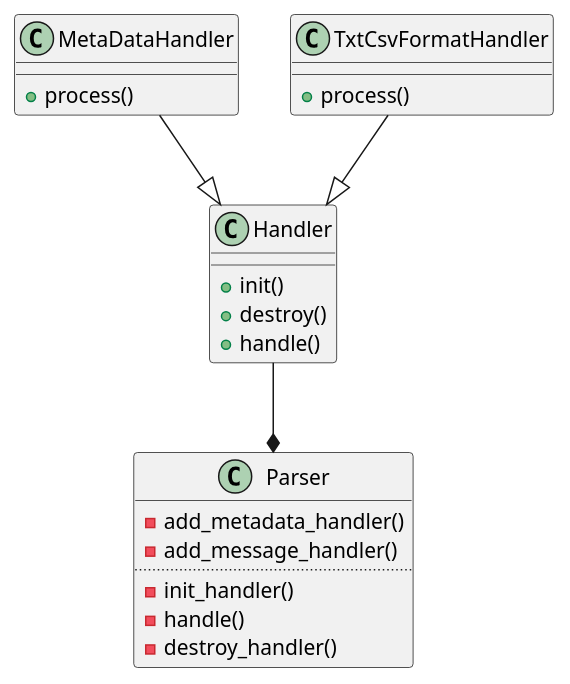
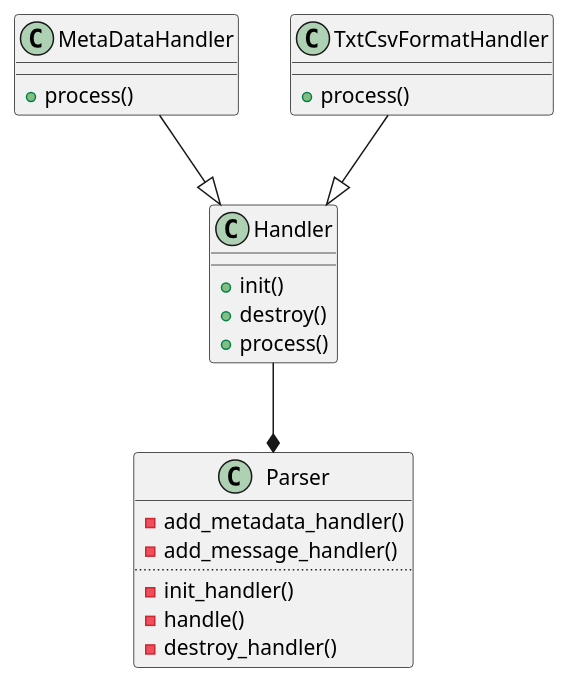
Before and after one commit to tcfh2016/bin2text: the diagram in doc/pics/handler.puml, drawn with PlantUML. The commit also changed 7 other files, not shown here.

```diff
--- a/doc/pics/handler.puml
+++ b/doc/pics/handler.puml
@@ -1,30 +1,30 @@
 @startuml
 
 MetaDataHandler --|> Handler
 TxtCsvFormatHandler  --|> Handler
 Handler --* Parser
 
 class Parser{
   - add_metadata_handler()
   - add_message_handler()
   ..
   - init_handler()
   - handle()
   - destroy_handler()
 }
 
 class Handler{
   + init()
   + destroy()
-  + handle()
+  + process()
 }
 
 class MetaDataHandler{
   + process()
 }
 
 class TxtCsvFormatHandler{
   + process()
 }
 
 @enduml
```
